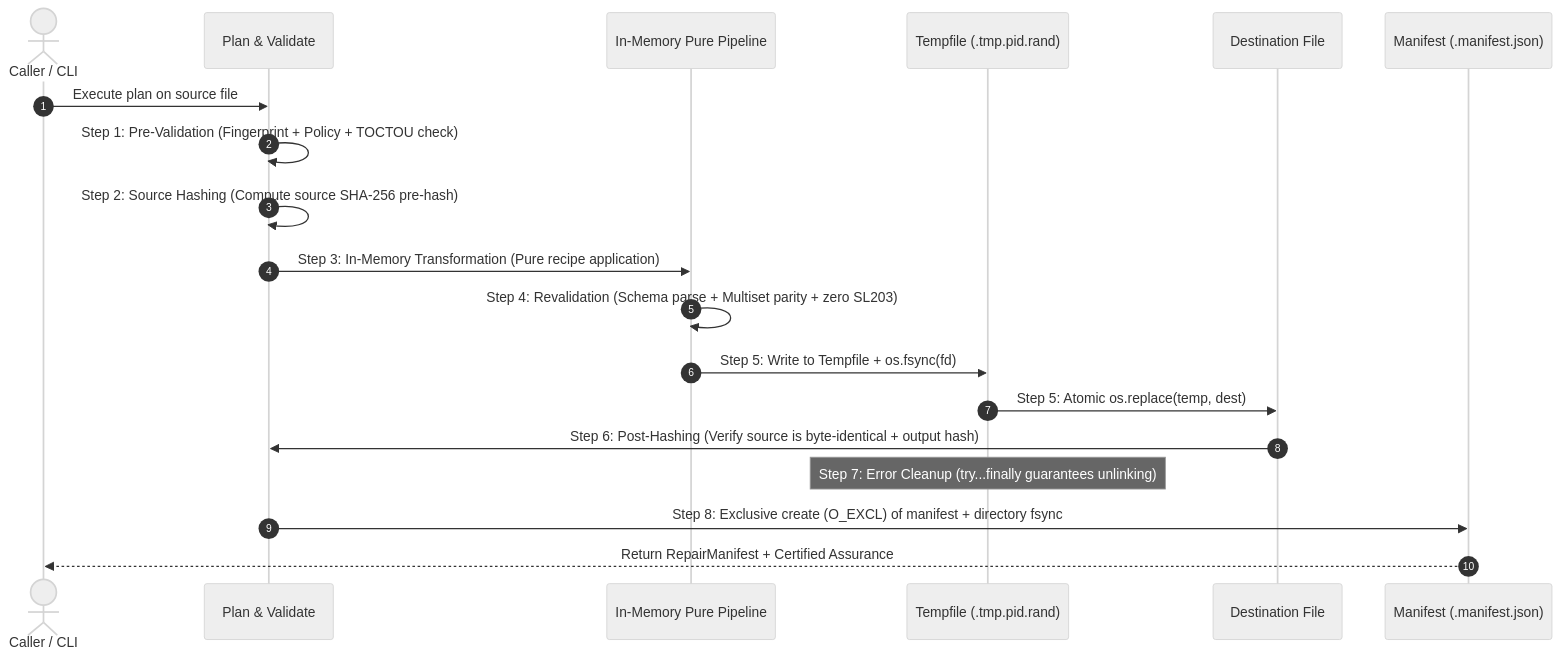
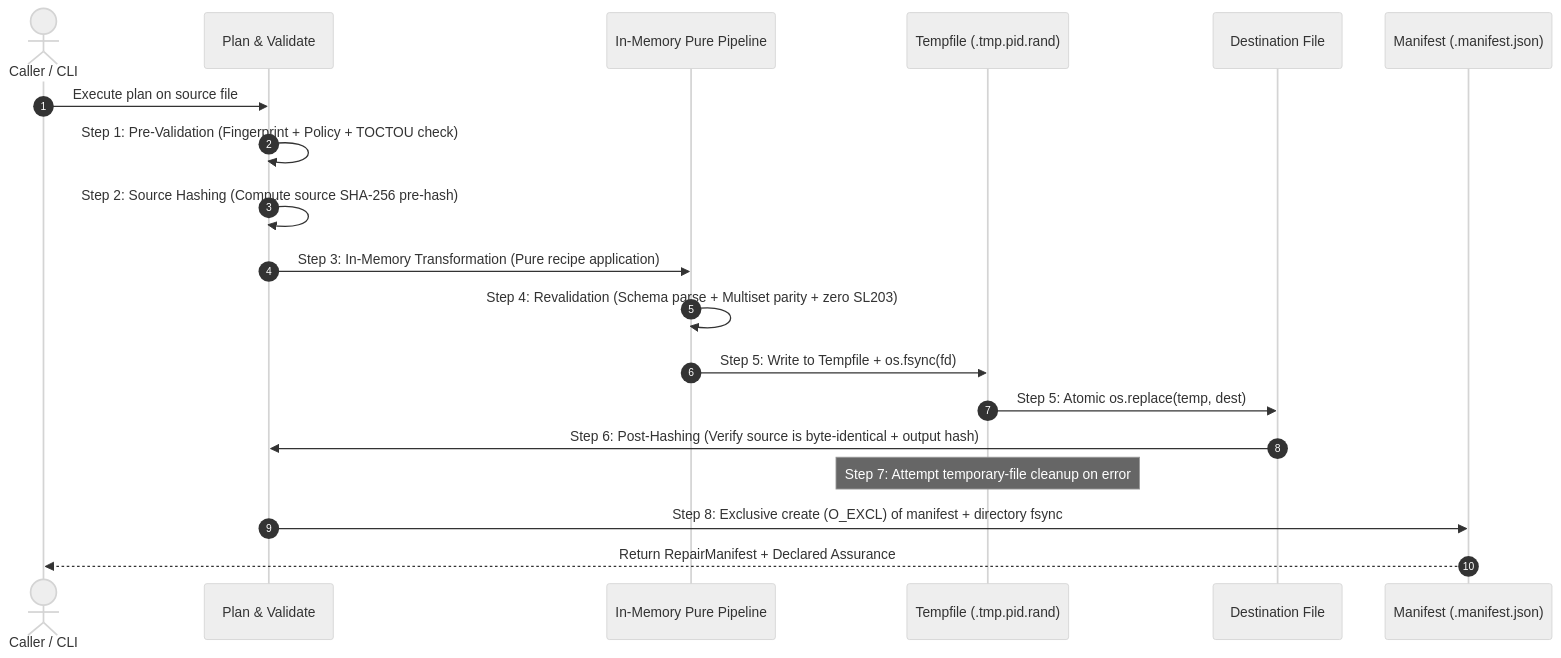
The third of 3 diagrams in README.md (HPNChanel/sesslint), drawn with Mermaid (neutral theme) before and after one commit. The commit also changed other lines of this file and 178 other files, not shown here.

````diff
--- a/README.md
+++ b/README.md
@@ -1027,22 +1010,22 @@
 ```mermaid
 sequenceDiagram
     autonumber
     actor Client as Caller / CLI
     participant Planner as Plan & Validate
     participant Memory as In-Memory Pure Pipeline
     participant Temp as Tempfile (.tmp.pid.rand)
     participant Dest as Destination File
     participant Manifest as Manifest (.manifest.json)
 
     Client->>Planner: Execute plan on source file
     Planner->>Planner: Step 1: Pre-Validation (Fingerprint + Policy + TOCTOU check)
     Planner->>Planner: Step 2: Source Hashing (Compute source SHA-256 pre-hash)
     Planner->>Memory: Step 3: In-Memory Transformation (Pure recipe application)
     Memory->>Memory: Step 4: Revalidation (Schema parse + Multiset parity + zero SL203)
     Memory->>Temp: Step 5: Write to Tempfile + os.fsync(fd)
     Temp->>Dest: Step 5: Atomic os.replace(temp, dest)
     Dest->>Planner: Step 6: Post-Hashing (Verify source is byte-identical + output hash)
-    Note over Temp: Step 7: Error Cleanup (try...finally guarantees unlinking)
+    Note over Temp: Step 7: Attempt temporary-file cleanup on error
     Planner->>Manifest: Step 8: Exclusive create (O_EXCL) of manifest + directory fsync
-    Manifest-->>Client: Return RepairManifest + Certified Assurance
+    Manifest-->>Client: Return RepairManifest + Declared Assurance
 ```
````
